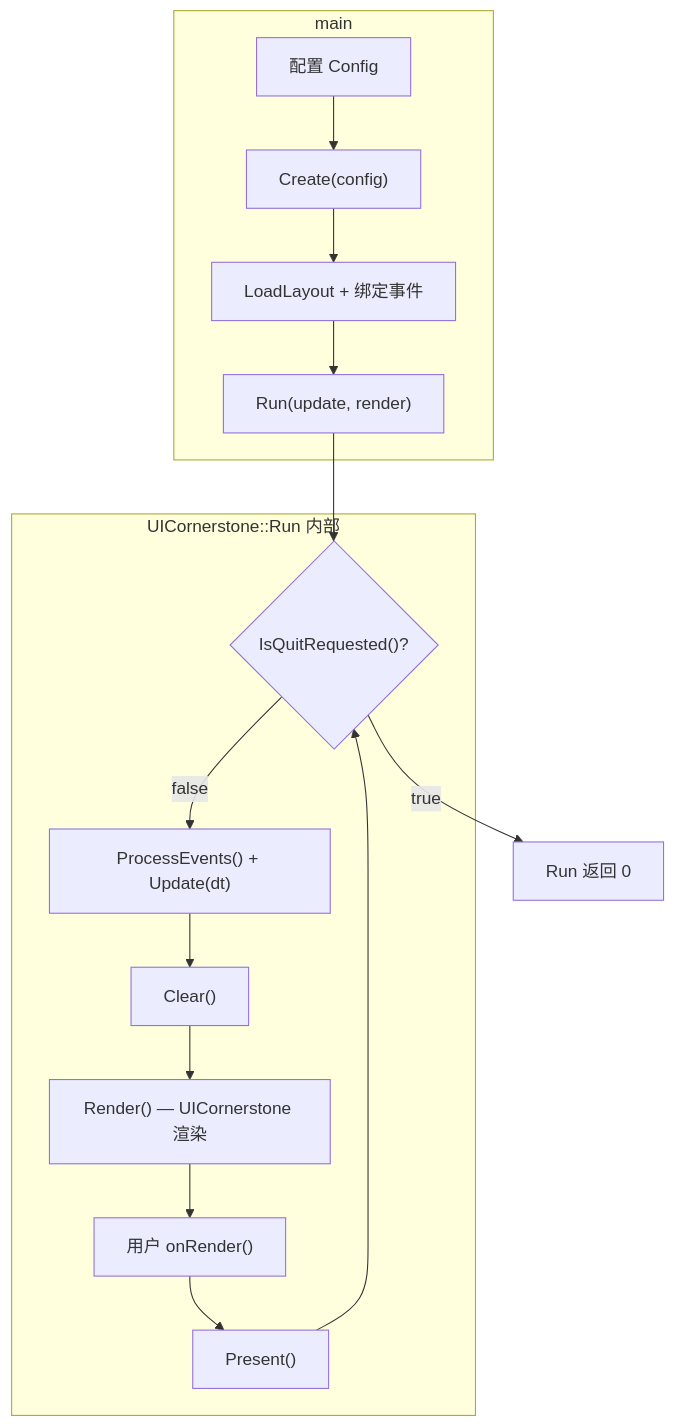
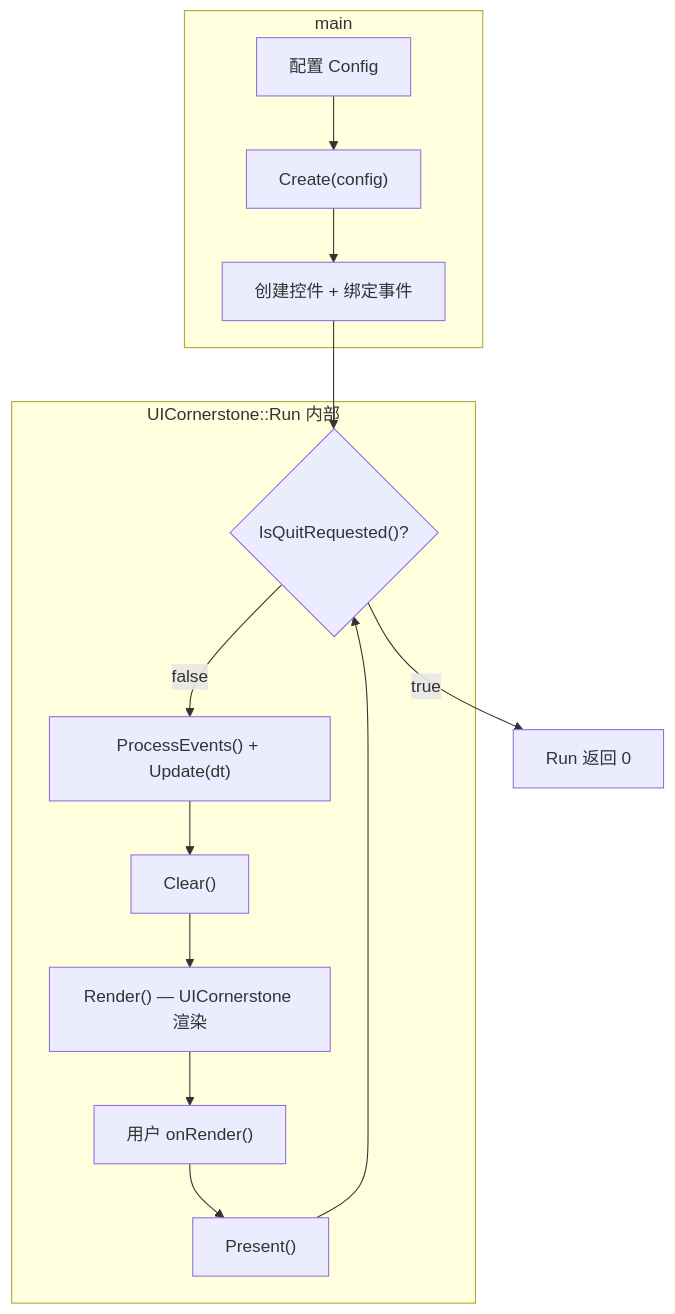
One commit to SeaOceanLiu/UIControls changed the fifth of 6 diagrams in doc/CppBinding_Design.md. Above: the diagram before and after it, drawn with Mermaid. The commit also changed other lines of this file and 79 other files, not shown here.

````diff
--- a/doc/CppBinding_Design.md
+++ b/doc/CppBinding_Design.md
@@ -1289,26 +1344,25 @@
 ```mermaid
 flowchart TB
     subgraph main
         C1["配置 Config"]
         C2["Create(config)"]
-        C3["LoadLayout + 绑定事件"]
-        C4["Run(update, render)"]
+        C3["创建控件 + 绑定事件"]
     end
 
     subgraph UICornerstone::Run 内部
         L1{"IsQuitRequested()?"}
         L2["ProcessEvents() + Update(dt)"]
         L3["Clear()"]
         L4["Render() — UICornerstone 渲染"]
         L5["用户 onRender()"]
         L6["Present()"]
     end
 
-    C1 --> C2 --> C3 --> C4
+    C1 --> C2 --> C3
 
-    C4 --> L1
+    C3 --> L1
     L1 -->|"false"| L2
     L2 --> L3 --> L4 --> L5 --> L6
     L6 --> L1
     L1 -->|"true"| E["Run 返回 0"]
 ```
````
